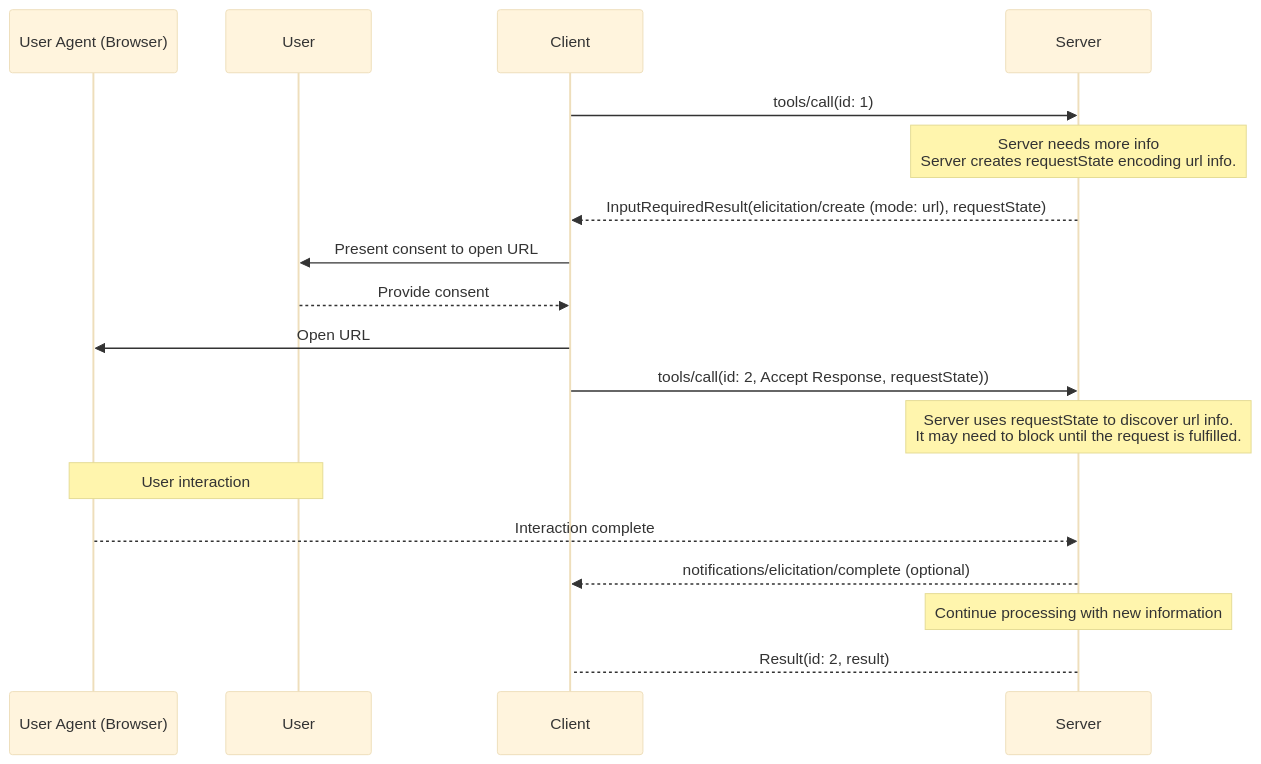
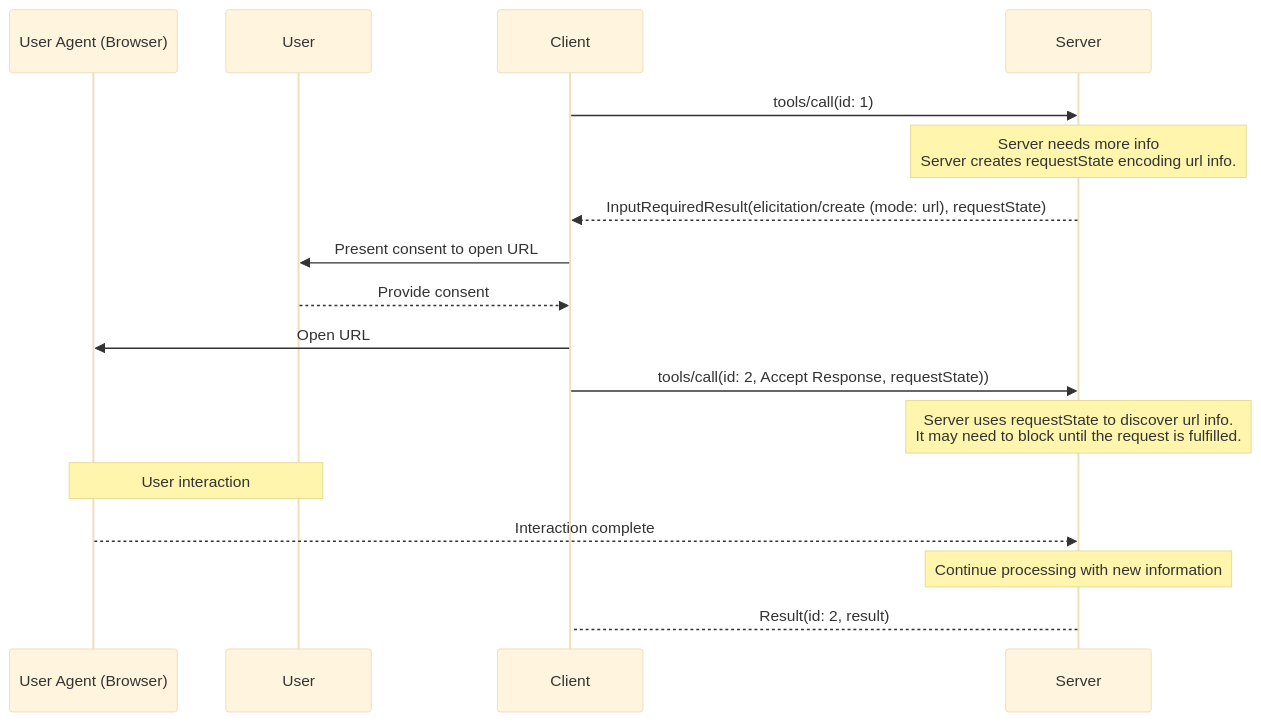
One commit to thevibeworks/claude-code-docs changed the second of 3 diagrams in content/mcp/specification/draft/client/elicitation.md. Above: the diagram before and after it, drawn with Mermaid (base theme). The commit also changed other lines of this file and 1350 other files, not shown here.

````diff
--- a/content/mcp/specification/draft/client/elicitation.md
+++ b/content/mcp/specification/draft/client/elicitation.md
@@ -435,25 +407,24 @@
 ```mermaid theme={null}
 sequenceDiagram
     participant UserAgent as User Agent (Browser)
     participant User
     participant Client
     participant Server
 
     Client->>Server: tools/call(id: 1)
     Note over Server: Server needs more info <br/> Server creates requestState encoding url info.
     Server-->>Client: InputRequiredResult(elicitation/create (mode: url), requestState)
 
     Client->>User: Present consent to open URL
     User-->>Client: Provide consent
 
     Client->>UserAgent: Open URL
     Client->>Server: tools/call(id: 2, Accept Response, requestState))
     Note over Server: Server uses requestState to discover url info. <br/> It may need to block until the request is fulfilled.
 
     Note over User,UserAgent: User interaction
     UserAgent-->>Server: Interaction complete
-    Server-->>Client: notifications/elicitation/complete (optional)
 
     Note over Server: Continue processing with new information
     Server-->Client: Result(id: 2, result)
 ```
````
